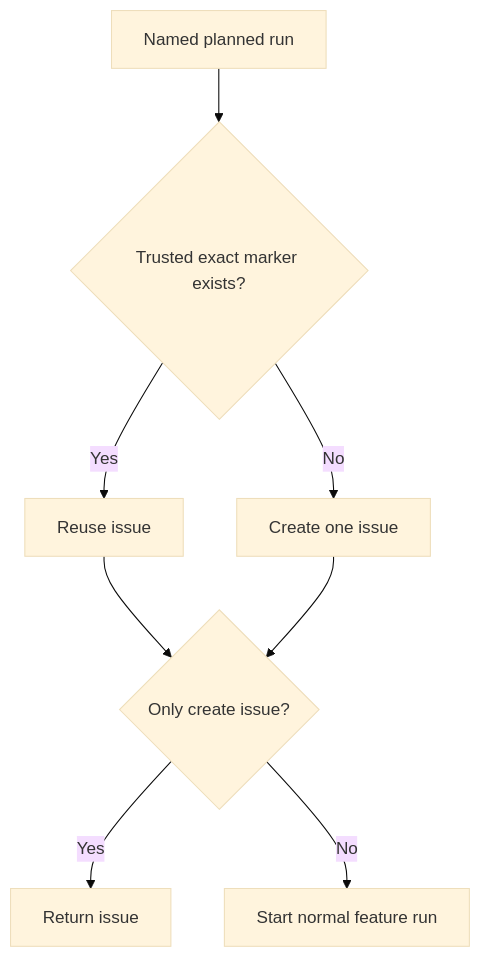
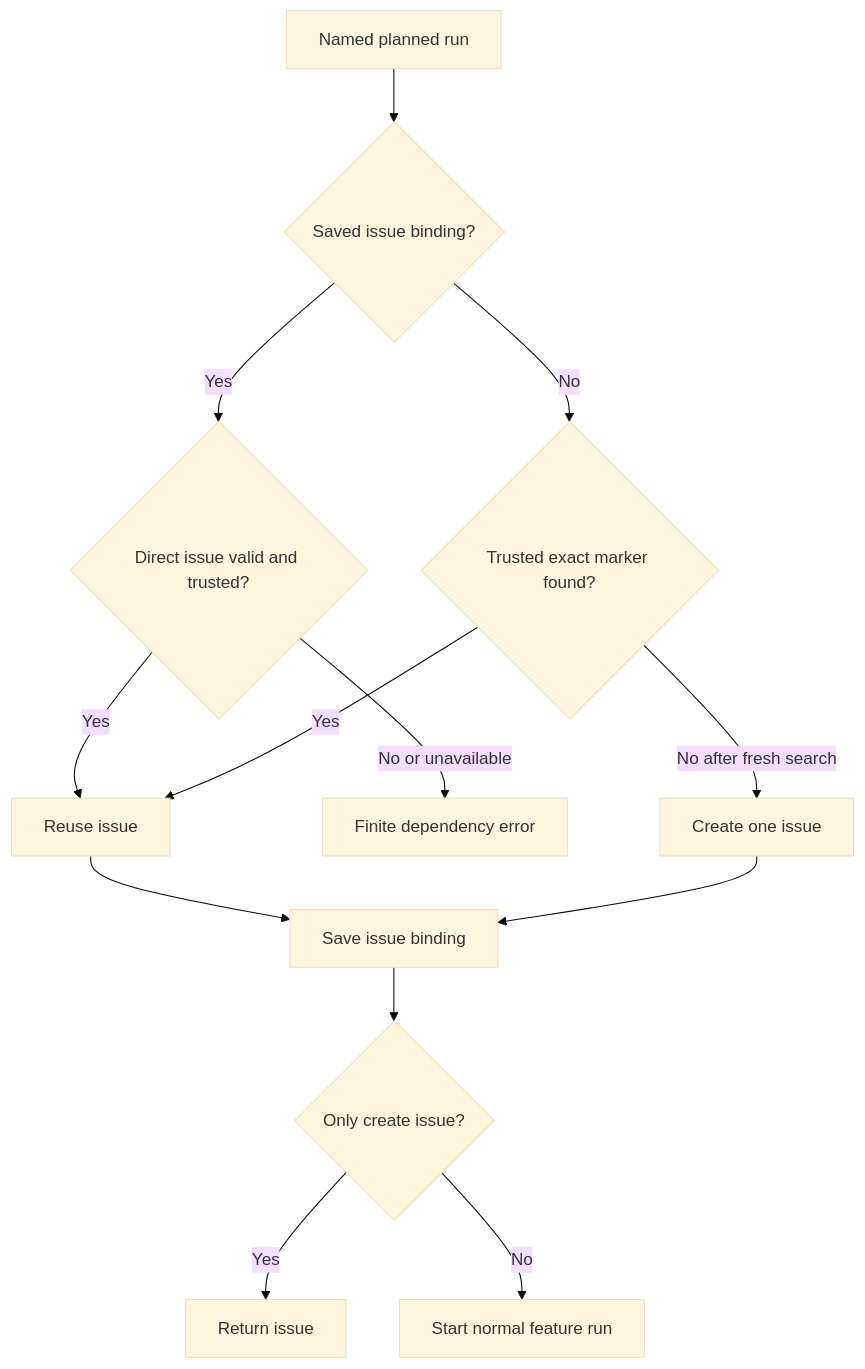
Before and after one commit to promptdriven/pdd: the diagram in prompts/cli/product.prompt.md, drawn with Mermaid (base theme). The commit also changed other lines of this file and 13 other files, not shown here.

````diff
--- a/prompts/cli/product.prompt.md
+++ b/prompts/cli/product.prompt.md
@@ -164,10 +202,15 @@
 ```mermaid
 flowchart TD
-    R[Named planned run] --> E{Trusted exact marker exists?}
-    E -->|Yes| U[Reuse issue]
-    E -->|No| C[Create one issue]
-    U --> N{Only create issue?}
-    C --> N
+    R[Named planned run] --> B{Saved issue binding?}
+    B -->|Yes| V{Direct issue valid and trusted?}
+    V -->|Yes| U[Reuse issue]
+    V -->|No or unavailable| X[Finite dependency error]
+    B -->|No| E{Trusted exact marker found?}
+    E -->|Yes| U
+    E -->|No after fresh search| C[Create one issue]
+    U --> S[Save issue binding]
+    C --> S
+    S --> N{Only create issue?}
     N -->|Yes| D[Return issue]
     N -->|No| F[Start normal feature run]
 ```
````
